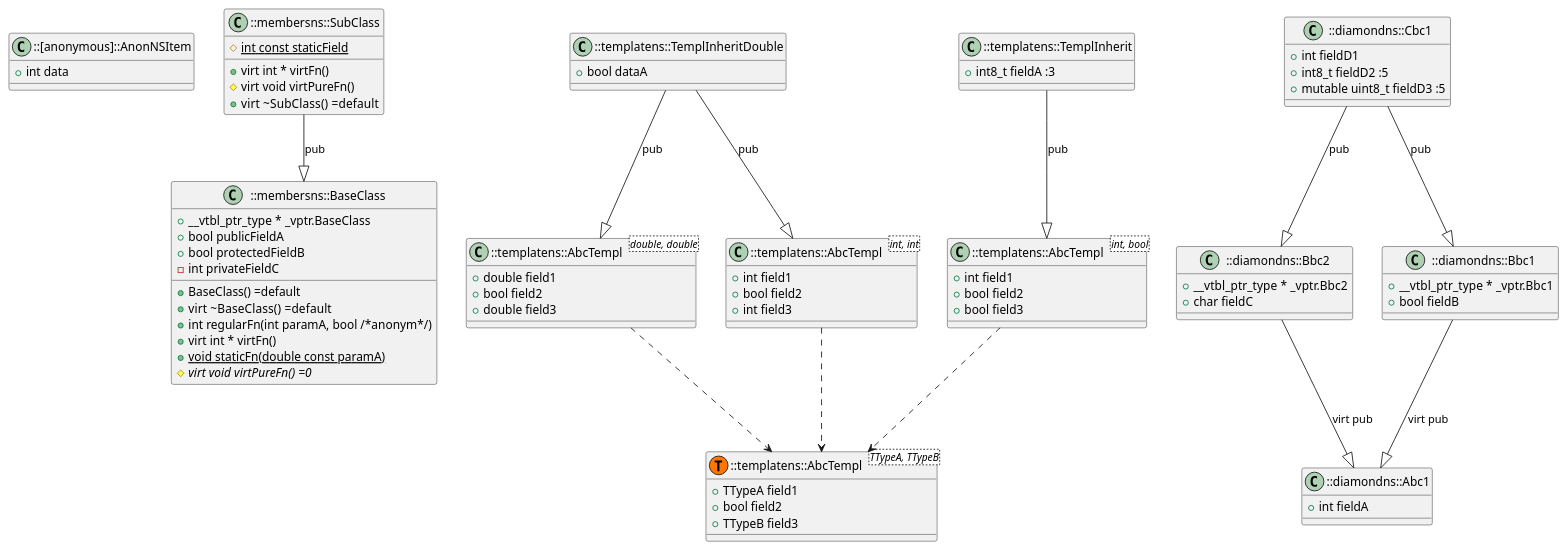
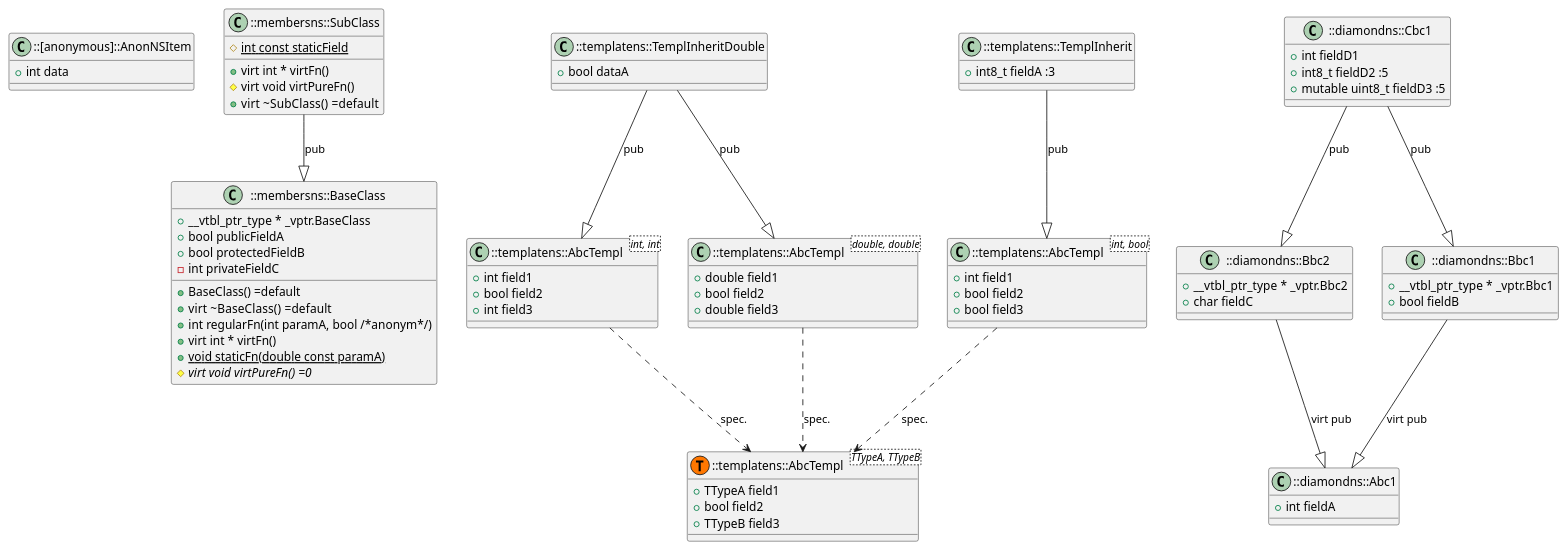
One commit to anetczuk/gcc-uml changed the diagram in examples/inheritgraph/inherit_sample.cpp.puml. Above: the diagram before and after it, drawn with PlantUML. The commit also changed 26 other files, not shown here.

```diff
--- a/examples/inheritgraph/inherit_sample.cpp.puml
+++ b/examples/inheritgraph/inherit_sample.cpp.puml
@@ -1,90 +1,90 @@
 @startuml
 
-class "::[anonymous]::AnonNSItem" as item_0 {
+class "::[anonymous]::AnonNSItem" as @16 {
     {field} + int data
 }
-class "::membersns::SubClass" as item_1 {
+class "::membersns::SubClass" as @57 {
     {field} {static} # int const staticField
     {method} +virt int * virtFn() 
     {method} #virt void virtPureFn() 
     {method} +virt  ~SubClass() =default
 }
-class "::membersns::BaseClass" as item_2 {
+class "::templatens::TemplInheritDouble" as @71 {
+    {field} + bool dataA
+}
+class "::membersns::BaseClass" as @74 {
     {field} + __vtbl_ptr_type * _vptr.BaseClass
     {field} + bool publicFieldA
     {field} + bool protectedFieldB
     {field} - int privateFieldC
     {method} +  BaseClass() =default
     {method} +virt  ~BaseClass() =default
     {method} + int regularFn(int paramA, bool /*anonym*/) 
     {method} +virt int * virtFn() 
     {method} {static} + void staticFn(double const paramA) 
     {method} {abstract} #virt void virtPureFn() =0
 }
-class "::templatens::TemplInheritDouble" as item_3 {
-    {field} + bool dataA
-}
-class "::templatens::TemplInherit" as item_4 {
+class "::templatens::TemplInherit" as @94 {
     {field} + int8_t fieldA :3
 }
-class "::templatens::AbcTempl" as item_5 <TTypeA, TTypeB> <<T,#FF7700>> {
+class "::templatens::AbcTempl<int, int>" as @89 {
+    {field} + int field1
+    {field} + bool field2
+    {field} + int field3
+}
+class "::templatens::AbcTempl<double, double>" as @90 {
+    {field} + double field1
+    {field} + bool field2
+    {field} + double field3
+}
+class "::templatens::AbcTempl<TTypeA, TTypeB>" as @125 <<T,#FF7700>> {
     {field} + TTypeA field1
     {field} + bool field2
     {field} + TTypeB field3
 }
-class "::templatens::AbcTempl<double, double>" as item_6 {
-    {field} + double field1
-    {field} + bool field2
-    {field} + double field3
+class "::diamondns::Cbc1" as @187 {
+    {field} + int fieldD1
+    {field} + int8_t fieldD2 :5
+    {field} + mutable uint8_t fieldD3 :5
 }
-class "::templatens::AbcTempl<int, int>" as item_7 {
-    {field} + int field1
-    {field} + bool field2
-    {field} + int field3
-}
-class "::templatens::AbcTempl<int, bool>" as item_8 {
+class "::templatens::AbcTempl<int, bool>" as @121 {
     {field} + int field1
     {field} + bool field2
     {field} + bool field3
 }
-class "::diamondns::Cbc1" as item_9 {
-    {field} + int fieldD1
-    {field} + int8_t fieldD2 :5
-    {field} + mutable uint8_t fieldD3 :5
-}
-class "::diamondns::Bbc2" as item_10 {
+class "::diamondns::Bbc2" as @231 {
     {field} + __vtbl_ptr_type * _vptr.Bbc2
     {field} + char fieldC
 }
-class "::diamondns::Bbc1" as item_11 {
+class "::diamondns::Bbc1" as @230 {
     {field} + __vtbl_ptr_type * _vptr.Bbc1
     {field} + bool fieldB
 }
-class "::diamondns::Abc1" as item_12 {
+class "::diamondns::Abc1" as @272 {
     {field} + int fieldA
 }
 
 ' ::membersns::SubClass --|> ::membersns::BaseClass
-item_1 --|> item_2: "pub"
+"@57" --|> "@74": "pub"
 ' ::templatens::TemplInheritDouble --|> ::templatens::AbcTempl<int, int>
-item_3 --|> item_7: "pub"
+"@71" --|> "@89": "pub"
 ' ::templatens::TemplInheritDouble --|> ::templatens::AbcTempl<double, double>
-item_3 --|> item_6: "pub"
+"@71" --|> "@90": "pub"
 ' ::templatens::TemplInherit --|> ::templatens::AbcTempl<int, bool>
-item_4 --|> item_8: "pub"
-' ::templatens::AbcTempl<double, double> ..> ::templatens::AbcTempl
-item_6 ..> item_5
-' ::templatens::AbcTempl<int, int> ..> ::templatens::AbcTempl
-item_7 ..> item_5
-' ::templatens::AbcTempl<int, bool> ..> ::templatens::AbcTempl
-item_8 ..> item_5
+"@94" --|> "@121": "pub"
+' ::templatens::AbcTempl<int, int> ..> ::templatens::AbcTempl: spec.
+"@89" ..> "@125": spec.
+' ::templatens::AbcTempl<double, double> ..> ::templatens::AbcTempl: spec.
+"@90" ..> "@125": spec.
 ' ::diamondns::Cbc1 --|> ::diamondns::Bbc1
-item_9 --|> item_11: "pub"
+"@187" --|> "@230": "pub"
 ' ::diamondns::Cbc1 --|> ::diamondns::Bbc2
-item_9 --|> item_10: "pub"
+"@187" --|> "@231": "pub"
+' ::templatens::AbcTempl<int, bool> ..> ::templatens::AbcTempl: spec.
+"@121" ..> "@125": spec.
 ' ::diamondns::Bbc2 --|> ::diamondns::Abc1
-item_10 --|> item_12: "virt pub"
+"@231" --|> "@272": "virt pub"
 ' ::diamondns::Bbc1 --|> ::diamondns::Abc1
-item_11 --|> item_12: "virt pub"
+"@230" --|> "@272": "virt pub"
 
 @enduml
```
